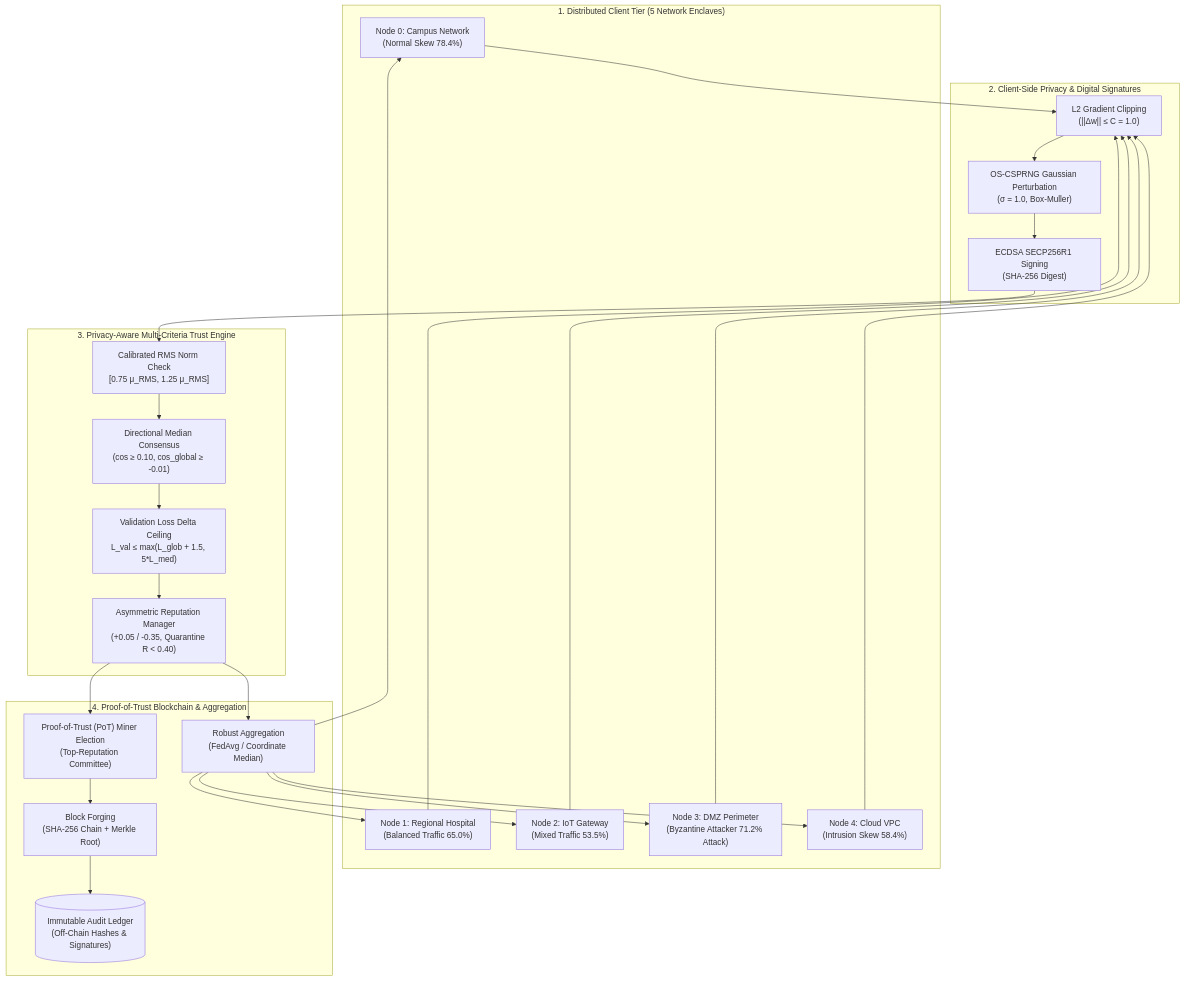
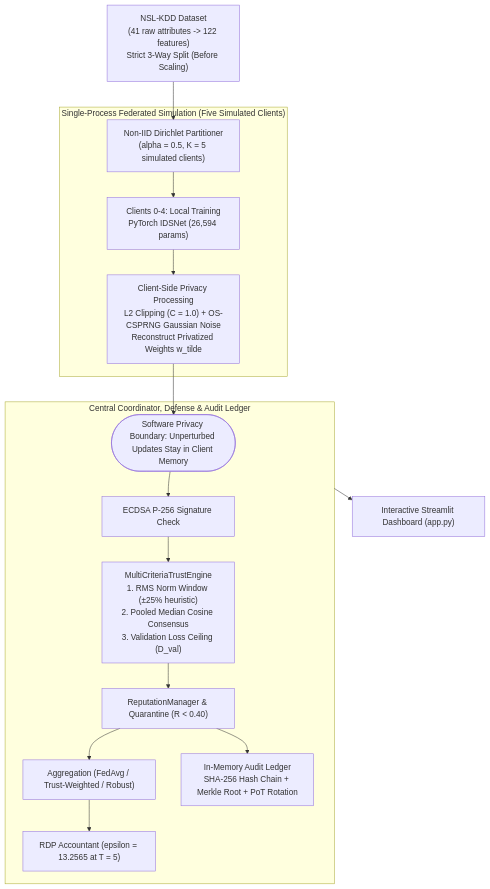
The diagram in README.md (RanvyGHBs/blockchain-fl-ids), drawn with Mermaid before and after one commit. The commit also changed other lines of this file and 23 other files, not shown here.

Commit message:
docs: overhaul documentation and project structure for blockchain federated learning ids

````diff
--- a/README.md
+++ b/README.md
@@ -105,37 +54,23 @@
 ```mermaid
 flowchart TD
-    subgraph ClientLayer ["1. Distributed Client Tier (5 Network Enclaves)"]
-        C0["Node 0: Campus Network<br/>(Normal Skew 78.4%)"]
-        C1["Node 1: Regional Hospital<br/>(Balanced Traffic 65.0%)"]
-        C2["Node 2: IoT Gateway<br/>(Mixed Traffic 53.5%)"]
-        C3["Node 3: DMZ Perimeter<br/>(Byzantine Attacker 71.2% Attack)"]
-        C4["Node 4: Cloud VPC<br/>(Intrusion Skew 58.4%)"]
+    Data["NSL-KDD Dataset<br/>(41 raw attributes -> 122 features)<br/>Strict 3-Way Split (Before Scaling)"] --> Part["Non-IID Dirichlet Partitioner<br/>(alpha = 0.5, K = 5 simulated clients)"]
+
+    subgraph SimulationProcess ["Single-Process Federated Simulation (Five Simulated Clients)"]
+        Part --> Clients["Clients 0-4: Local Training<br/>PyTorch IDSNet (26,594 params)"]
+        Clients --> Privacy["Client-Side Privacy Processing<br/>L2 Clipping (C = 1.0) + OS-CSPRNG Gaussian Noise<br/>Reconstruct Privatized Weights w_tilde"]
     end
 
-    subgraph PrivacyCryptoLayer ["2. Client-Side Privacy & Digital Signatures"]
-        Clip["L2 Gradient Clipping<br/>(||Δw|| ≤ C = 1.0)"]
-        Noise["OS-CSPRNG Gaussian Perturbation<br/>(σ = 1.0, Box-Muller)"]
-        Sign["ECDSA SECP256R1 Signing<br/>(SHA-256 Digest)"]
+    Boundary(["Software Privacy Boundary: Unperturbed Updates Stay in Client Memory"])
+    Privacy --> Boundary
+
+    subgraph Coordinator ["Central Coordinator, Defense & Audit Ledger"]
+        Boundary --> SigGate["ECDSA P-256 Signature Check"]
+        SigGate --> Trust["MultiCriteriaTrustEngine<br/>1. RMS Norm Window (±25% heuristic)<br/>2. Pooled Median Cosine Consensus<br/>3. Validation Loss Ceiling (D_val)"]
+        Trust --> Rep["ReputationManager & Quarantine (R < 0.40)"]
+        Rep --> Agg["Aggregation (FedAvg / Trust-Weighted / Robust)"]
+        Rep --> Chain["In-Memory Audit Ledger<br/>SHA-256 Hash Chain + Merkle Root + PoT Rotation"]
+        Agg --> RDP["RDP Accountant (epsilon = 13.2565 at T = 5)"]
     end
 
-    subgraph TrustEngineLayer ["3. Privacy-Aware Multi-Criteria Trust Engine"]
-        NormCheck["Calibrated RMS Norm Check<br/>[0.75 μ_RMS, 1.25 μ_RMS]"]
-        CosCheck["Directional Median Consensus<br/>(cos ≥ 0.10, cos_global ≥ -0.01)"]
-        LossCheck["Validation Loss Delta Ceiling<br/>L_val ≤ max(L_glob + 1.5, 5*L_med)"]
-        RepMgr["Asymmetric Reputation Manager<br/>(+0.05 / -0.35, Quarantine R < 0.40)"]
-    end
-
-    subgraph BlockchainLayer ["4. Proof-of-Trust Blockchain & Aggregation"]
-        PoT["Proof-of-Trust (PoT) Miner Election<br/>(Top-Reputation Committee)"]
-        BlockForge["Block Forging<br/>(SHA-256 Chain + Merkle Root)"]
-        Ledger[("Immutable Audit Ledger<br/>(Off-Chain Hashes & Signatures)")]
-        Agg["Robust Aggregation<br/>(FedAvg / Coordinate Median)"]
-    end
-
-    C0 & C1 & C2 & C3 & C4 --> Clip
-    Clip --> Noise --> Sign
-    Sign --> NormCheck --> CosCheck --> LossCheck --> RepMgr
-    RepMgr --> PoT --> BlockForge --> Ledger
-    RepMgr --> Agg
-    Agg --> C0 & C1 & C2 & C3 & C4
+    Coordinator --> Dashboard["Interactive Streamlit Dashboard (app.py)"]
 ```
````
